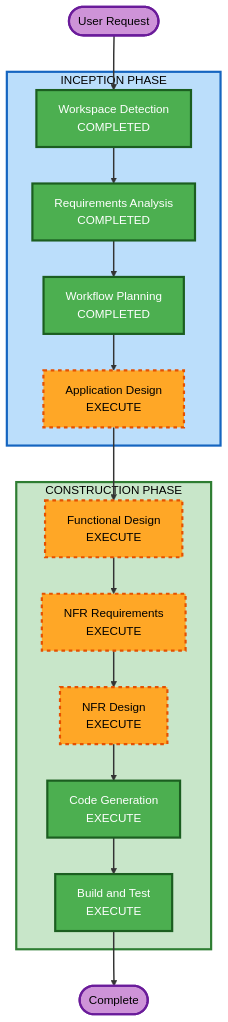
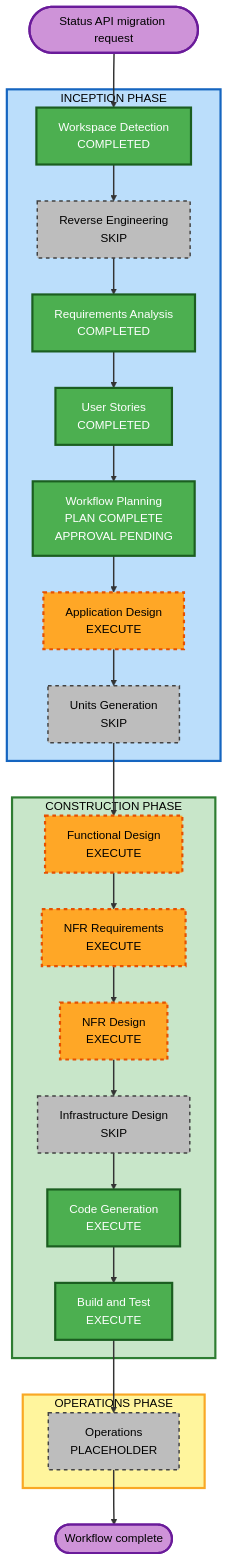
One commit to changbinmoon/prompton_app_maker_server changed the diagram in aidlc-docs/inception/plans/execution-plan.md. Above: the diagram before and after it, drawn with Mermaid (neutral theme). The commit also changed other lines of this file and 76 other files, not shown here.

Commit message:
feat: migrate worker status updates to backend API

````diff
--- a/aidlc-docs/inception/plans/execution-plan.md
+++ b/aidlc-docs/inception/plans/execution-plan.md
@@ -24,46 +72,65 @@
 ```mermaid
 flowchart TD
-    Start(["User Request"])
-    
+    Start(["Status API migration request"])
+
     subgraph INCEPTION["INCEPTION PHASE"]
         WD["Workspace Detection<br/>COMPLETED"]
+        RE["Reverse Engineering<br/>SKIP"]
         RA["Requirements Analysis<br/>COMPLETED"]
-        WP["Workflow Planning<br/>COMPLETED"]
+        US["User Stories<br/>COMPLETED"]
+        WP["Workflow Planning<br/>PLAN COMPLETE<br/>APPROVAL PENDING"]
         AD["Application Design<br/>EXECUTE"]
+        UG["Units Generation<br/>SKIP"]
     end
-    
+
     subgraph CONSTRUCTION["CONSTRUCTION PHASE"]
         FD["Functional Design<br/>EXECUTE"]
         NFRA["NFR Requirements<br/>EXECUTE"]
         NFRD["NFR Design<br/>EXECUTE"]
+        ID["Infrastructure Design<br/>SKIP"]
         CG["Code Generation<br/>EXECUTE"]
         BT["Build and Test<br/>EXECUTE"]
     end
-    
+
+    subgraph OPERATIONS["OPERATIONS PHASE"]
+        OPS["Operations<br/>PLACEHOLDER"]
+    end
+
     Start --> WD
-    WD --> RA
-    RA --> WP
+    WD --> RE
+    RE --> RA
+    RA --> US
+    US --> WP
     WP --> AD
-    AD --> FD
+    AD --> UG
+    UG --> FD
     FD --> NFRA
     NFRA --> NFRD
-    NFRD --> CG
+    NFRD --> ID
+    ID --> CG
     CG --> BT
-    BT --> End(["Complete"])
+    BT --> OPS
+    OPS --> End(["Workflow complete"])
 
     style WD fill:#4CAF50,stroke:#1B5E20,stroke-width:3px,color:#fff
+    style RE fill:#BDBDBD,stroke:#424242,stroke-width:2px,stroke-dasharray:5 5,color:#000
     style RA fill:#4CAF50,stroke:#1B5E20,stroke-width:3px,color:#fff
+    style US fill:#4CAF50,stroke:#1B5E20,stroke-width:3px,color:#fff
     style WP fill:#4CAF50,stroke:#1B5E20,stroke-width:3px,color:#fff
-    style AD fill:#FFA726,stroke:#E65100,stroke-width:3px,stroke-dasharray: 5 5,color:#000
-    style FD fill:#FFA726,stroke:#E65100,stroke-width:3px,stroke-dasharray: 5 5,color:#000
-    style NFRA fill:#FFA726,stroke:#E65100,stroke-width:3px,stroke-dasharray: 5 5,color:#000
-    style NFRD fill:#FFA726,stroke:#E65100,stroke-width:3px,stroke-dasharray: 5 5,color:#000
+    style AD fill:#FFA726,stroke:#E65100,stroke-width:3px,stroke-dasharray:5 5,color:#000
+    style UG fill:#BDBDBD,stroke:#424242,stroke-width:2px,stroke-dasharray:5 5,color:#000
+    style FD fill:#FFA726,stroke:#E65100,stroke-width:3px,stroke-dasharray:5 5,color:#000
+    style NFRA fill:#FFA726,stroke:#E65100,stroke-width:3px,stroke-dasharray:5 5,color:#000
+    style NFRD fill:#FFA726,stroke:#E65100,stroke-width:3px,stroke-dasharray:5 5,color:#000
+    style ID fill:#BDBDBD,stroke:#424242,stroke-width:2px,stroke-dasharray:5 5,color:#000
     style CG fill:#4CAF50,stroke:#1B5E20,stroke-width:3px,color:#fff
     style BT fill:#4CAF50,stroke:#1B5E20,stroke-width:3px,color:#fff
+    style OPS fill:#BDBDBD,stroke:#424242,stroke-width:2px,stroke-dasharray:5 5,color:#000
     style Start fill:#CE93D8,stroke:#6A1B9A,stroke-width:3px,color:#000
     style End fill:#CE93D8,stroke:#6A1B9A,stroke-width:3px,color:#000
     style INCEPTION fill:#BBDEFB,stroke:#1565C0,stroke-width:3px,color:#000
     style CONSTRUCTION fill:#C8E6C9,stroke:#2E7D32,stroke-width:3px,color:#000
+    style OPERATIONS fill:#FFF59D,stroke:#F9A825,stroke-width:3px,color:#000
 
     linkStyle default stroke:#333,stroke-width:2px
 ```
````
